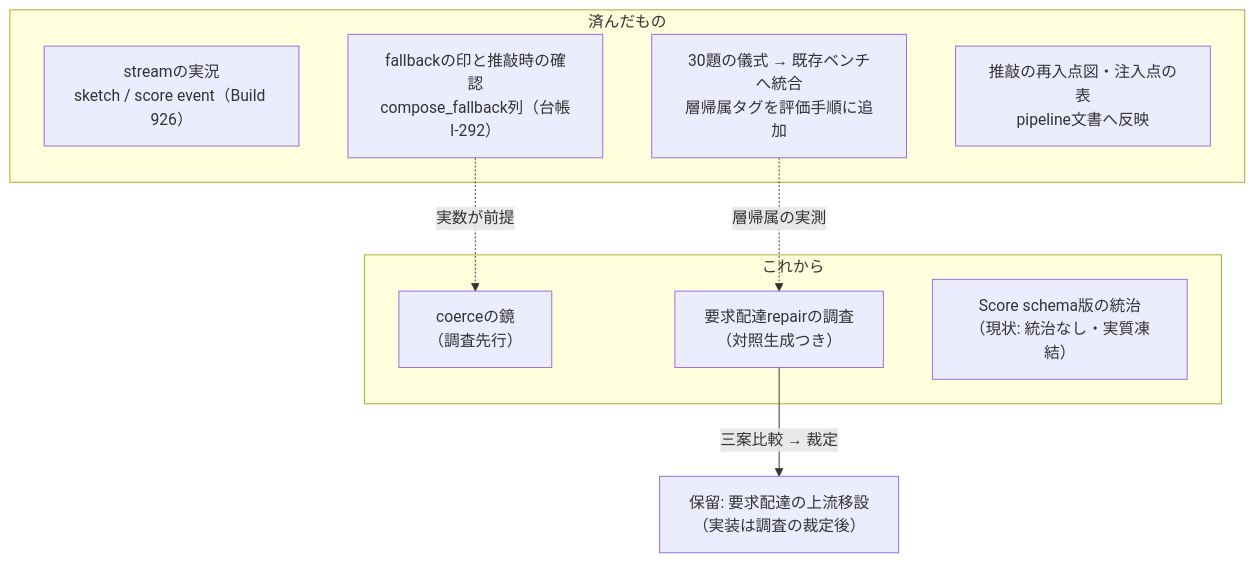
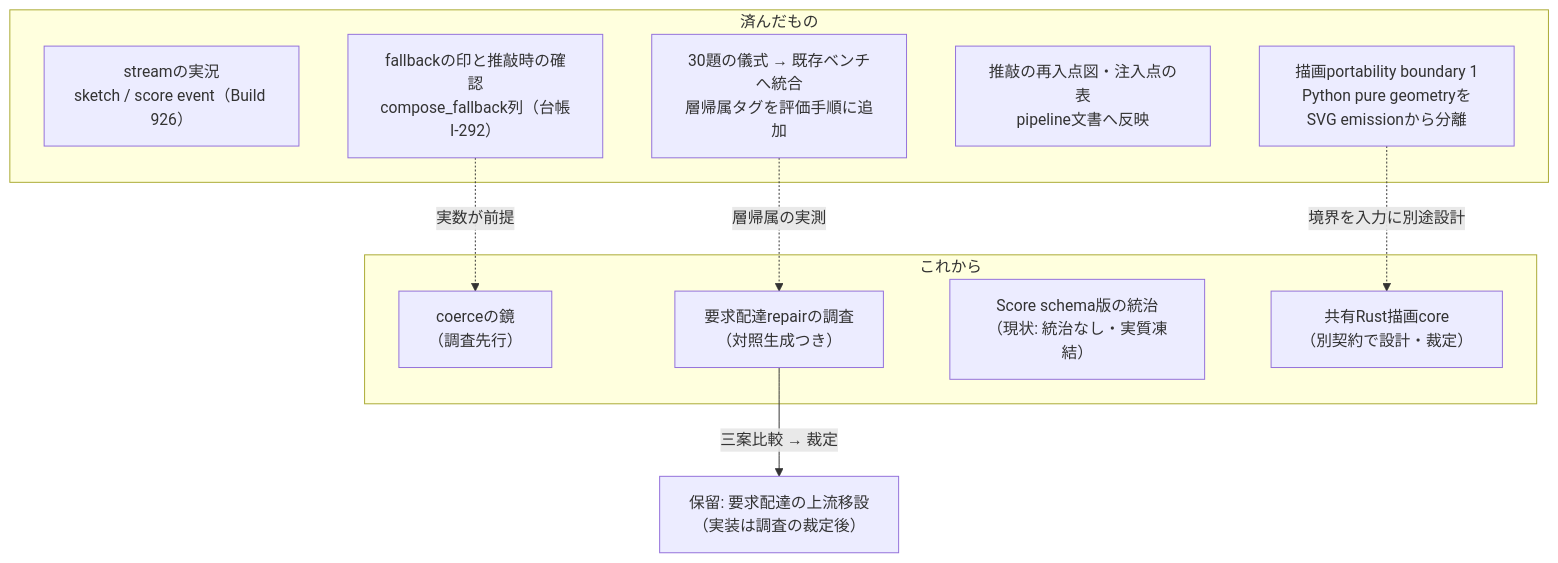
One commit to oikawas/inku-lang changed the diagram in docs/architecture/future-plan.ja.md. Above: the diagram before and after it, drawn with Mermaid. The commit also changed other lines of this file and 14 other files, not shown here.

````diff
--- a/docs/architecture/future-plan.ja.md
+++ b/docs/architecture/future-plan.ja.md
@@ -17,19 +17,22 @@
 ```mermaid
 flowchart TD
     subgraph DONE["済んだもの"]
         STREAM["streamの実況\nsketch / score event（Build 926）"]
         MARK["fallbackの印と推敲時の確認\ncompose_fallback列（台帳I-292）"]
         RITUAL["30題の儀式 → 既存ベンチへ統合\n層帰属タグを評価手順に追加"]
         DOCS["推敲の再入点図・注入点の表\npipeline文書へ反映"]
+        PORT_BOUNDARY["描画portability boundary 1\nPython pure geometryをSVG emissionから分離"]
     end
     subgraph NEXT["これから"]
         MIRROR["coerceの鏡\n（調査先行）"]
         P41["要求配達repairの調査\n（対照生成つき）"]
         GOV["Score schema版の統治\n（現状: 統治なし・実質凍結）"]
+        RUST_CORE["共有Rust描画core\n（別契約で設計・裁定）"]
     end
     HELD["保留: 要求配達の上流移設\n（実装は調査の裁定後）"]
 
     MARK -.->|"実数が前提"| MIRROR
     P41 -->|"三案比較 → 裁定"| HELD
     RITUAL -.->|"層帰属の実測"| P41
+    PORT_BOUNDARY -.->|"境界を入力に別途設計"| RUST_CORE
 ```
````
